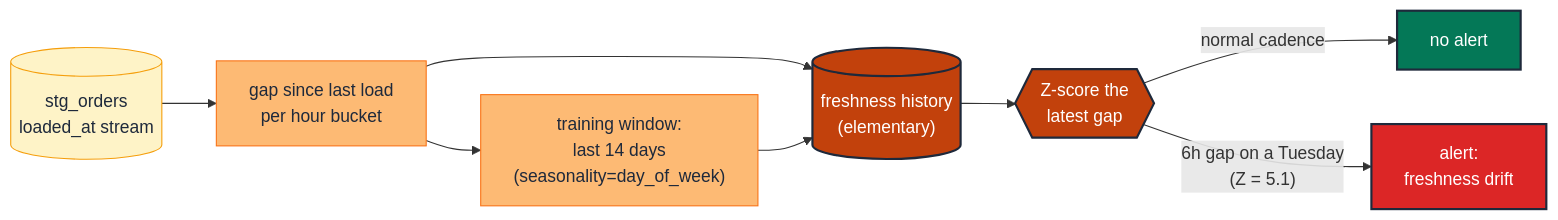
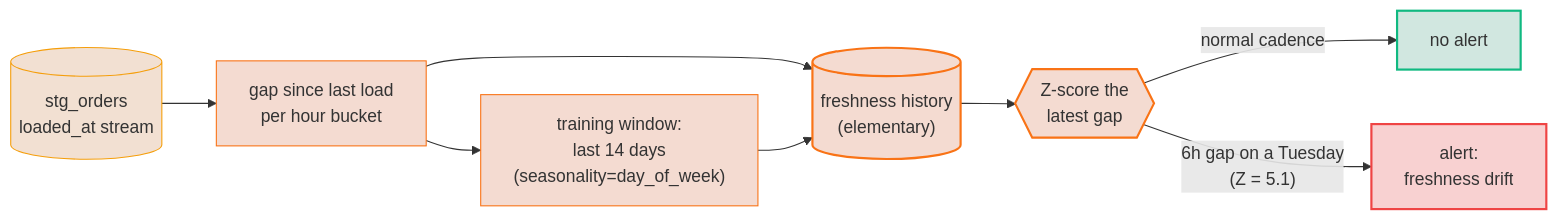
One commit to neozenith/dbt-gcp-jaffleshop changed the diagram in docs/guides/testing_taxonomy/time/TM-AU-03-freshness-anomalies.md. Above: the diagram before and after it, drawn with Mermaid. The commit also changed 36 other files, not shown here.

First line of the commit message:
docs(taxonomy): rework guide entry-point + WCAG-AAA dual-theme mermaid palette (#19)

````diff
--- a/docs/guides/testing_taxonomy/time/TM-AU-03-freshness-anomalies.md
+++ b/docs/guides/testing_taxonomy/time/TM-AU-03-freshness-anomalies.md
@@ -76,19 +76,19 @@
 ```mermaid
 flowchart LR
     src[("stg_orders<br/>loaded_at stream")]:::source --> gap["gap since last load<br/>per hour bucket"]:::timeSecondary
 
     gap --> hist[("freshness history<br/>(elementary)")]:::timePrimary
     gap --> train["training window:<br/>last 14 days<br/>(seasonality=day_of_week)"]:::timeSecondary
     train --> hist
 
     hist --> z{{"Z-score the<br/>latest gap"}}:::gate
     z -- "normal cadence" --> ok["no alert"]:::ok
     z -- "6h gap on a Tuesday<br/>(Z = 5.1)" --> alert["alert:<br/>freshness drift"]:::fail
 
-    classDef source         fill:#fef3c7,stroke:#f59e0b,color:#1e293b,stroke-width:1px
-    classDef timePrimary    fill:#c2410c,stroke:#1e293b,color:#fff,stroke-width:2px
-    classDef timeSecondary  fill:#fdba74,stroke:#f97316,color:#1e293b,stroke-width:1px
-    classDef gate           fill:#c2410c,stroke:#1e293b,color:#fff,stroke-width:2px
-    classDef ok             fill:#047857,stroke:#1e293b,color:#fff,stroke-width:2px
-    classDef fail           fill:#dc2626,stroke:#1e293b,color:#fff,stroke-width:2px
+    classDef source fill:#b453092e,stroke:#f59e0b,stroke-width:1px
+    classDef timePrimary fill:#c2410c30,stroke:#f97316,stroke-width:2px
+    classDef timeSecondary fill:#c2410c30,stroke:#f97316,stroke-width:1px
+    classDef gate fill:#c2410c30,stroke:#f97316,stroke-width:2px
+    classDef ok fill:#0478572e,stroke:#10b981,stroke-width:2px
+    classDef fail fill:#dc262636,stroke:#ef4444,stroke-width:2px
 ```
````
